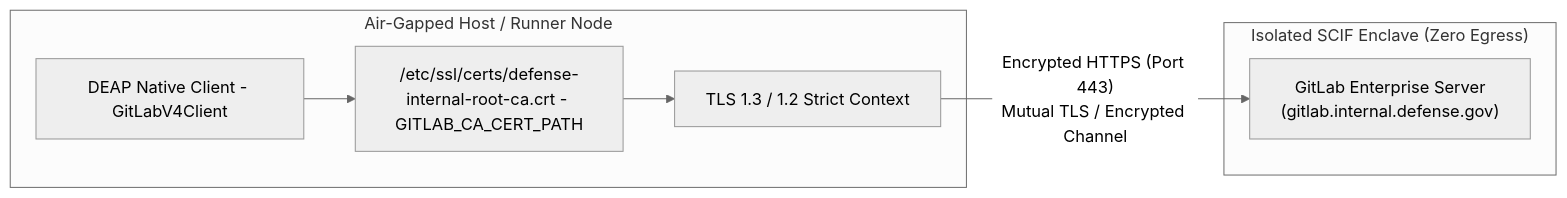
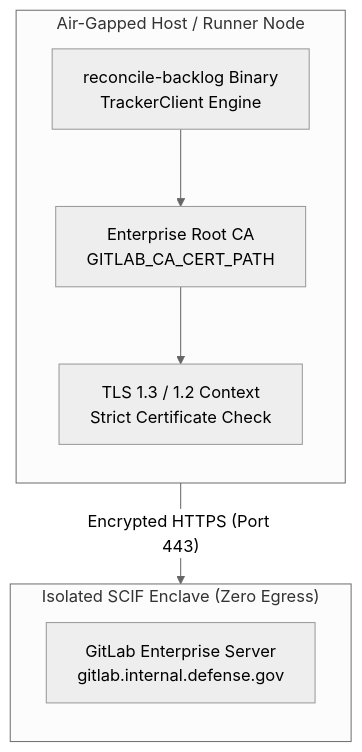
Diagram 11 of 19 in docs/architecture/blueprints/MULTI_PROVIDER_GITLAB_INFRASTRUCTURE_ARCHITECTURE.md (gintatkinson/DEAP01-spec-core), drawn with Mermaid (neutral theme) before and after one commit. The commit also changed other lines of this file and 28 other files, not shown here.

Commit message:
feat(verify-baseline,deap-core,compile-sysml): implement Option C blueprint capabilities and Check 37 blueprint grounding gate

````diff
--- a/docs/architecture/blueprints/MULTI_PROVIDER_GITLAB_INFRASTRUCTURE_ARCHITECTURE.md
+++ b/docs/architecture/blueprints/MULTI_PROVIDER_GITLAB_INFRASTRUCTURE_ARCHITECTURE.md
@@ -869,16 +815,18 @@
 ```mermaid
-flowchart LR
+flowchart TD
     subgraph Air_Gapped_Host ["Air-Gapped Host / Runner Node"]
-        Client_Script["DEAP Native Client - GitLabV4Client"]
-        CA_Store["/etc/ssl/certs/defense-internal-root-ca.crt - GITLAB_CA_CERT_PATH"]
-        Custom_SSL["TLS 1.3 / 1.2 Strict Context"]
+        direction TB
+        Client_Script["reconcile-backlog Binary<br/>TrackerClient Engine"]
+        CA_Store["Enterprise Root CA<br/>GITLAB_CA_CERT_PATH"]
+        Custom_SSL["TLS 1.3 / 1.2 Context<br/>Strict Certificate Check"]
     end
 
     subgraph Enclave_Network ["Isolated SCIF Enclave (Zero Egress)"]
-        GL_Server["GitLab Enterprise Server\n(gitlab.internal.defense.gov)"]
+        direction TB
+        GL_Server["GitLab Enterprise Server<br/>gitlab.internal.defense.gov"]
     end
 
     Client_Script --> CA_Store
     CA_Store --> Custom_SSL
-    Custom_SSL -->|"Encrypted HTTPS (Port 443)\nMutual TLS / Encrypted Channel"| GL_Server
+    Custom_SSL -->|"Encrypted HTTPS (Port 443)"| GL_Server
 ```
````
